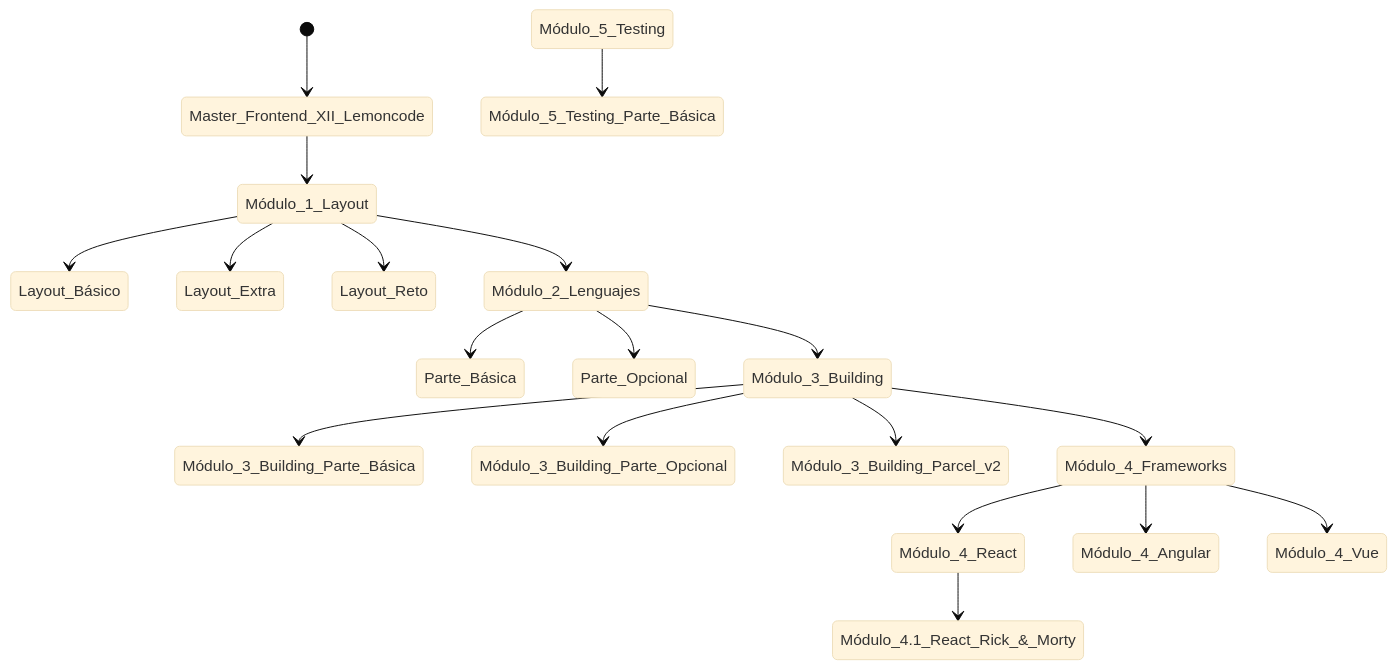
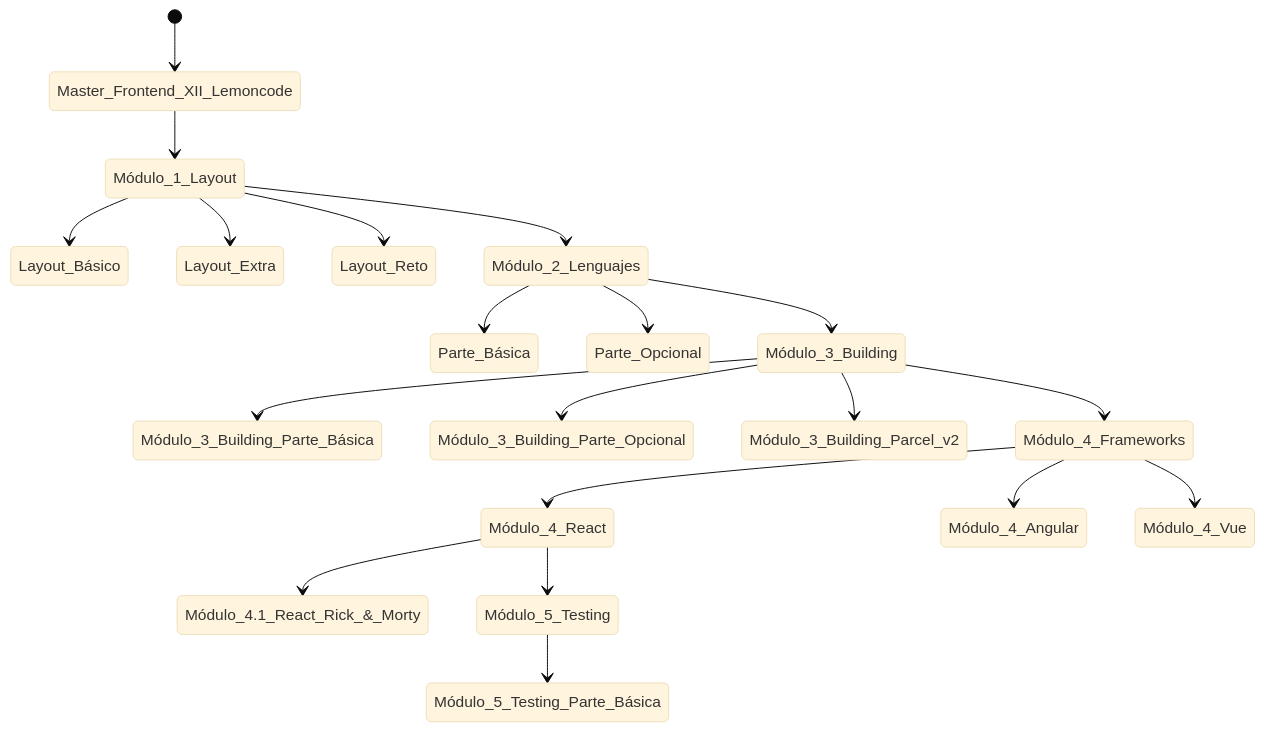
Before and after one commit to MiguelJiRo/Master-Frontend-XII-Lemoncode: the diagram in README.md, drawn with Mermaid (base theme).

````diff
--- a/README.md
+++ b/README.md
@@ -27,21 +27,22 @@
  ```mermaid
     stateDiagram
         [*] --> Master_Frontend_XII_Lemoncode
         Master_Frontend_XII_Lemoncode --> Módulo_1_Layout
         Módulo_1_Layout --> Layout_Básico 
         Módulo_1_Layout --> Layout_Extra  
         Módulo_1_Layout --> Layout_Reto  
         Módulo_1_Layout --> Módulo_2_Lenguajes
         Módulo_2_Lenguajes --> Parte_Básica 
         Módulo_2_Lenguajes --> Parte_Opcional 
         Módulo_2_Lenguajes --> Módulo_3_Building
         Módulo_3_Building --> Módulo_3_Building_Parte_Básica
         Módulo_3_Building --> Módulo_3_Building_Parte_Opcional
         Módulo_3_Building --> Módulo_3_Building_Parcel_v2
         Módulo_3_Building --> Módulo_4_Frameworks
         Módulo_4_Frameworks --> Módulo_4_React
         Módulo_4_Frameworks --> Módulo_4_Angular
         Módulo_4_Frameworks --> Módulo_4_Vue
         Módulo_4_React --> Módulo_4.1_React_Rick_&_Morty
+        Módulo_4_React --> Módulo_5_Testing
         Módulo_5_Testing --> Módulo_5_Testing_Parte_Básica
  ```
````
